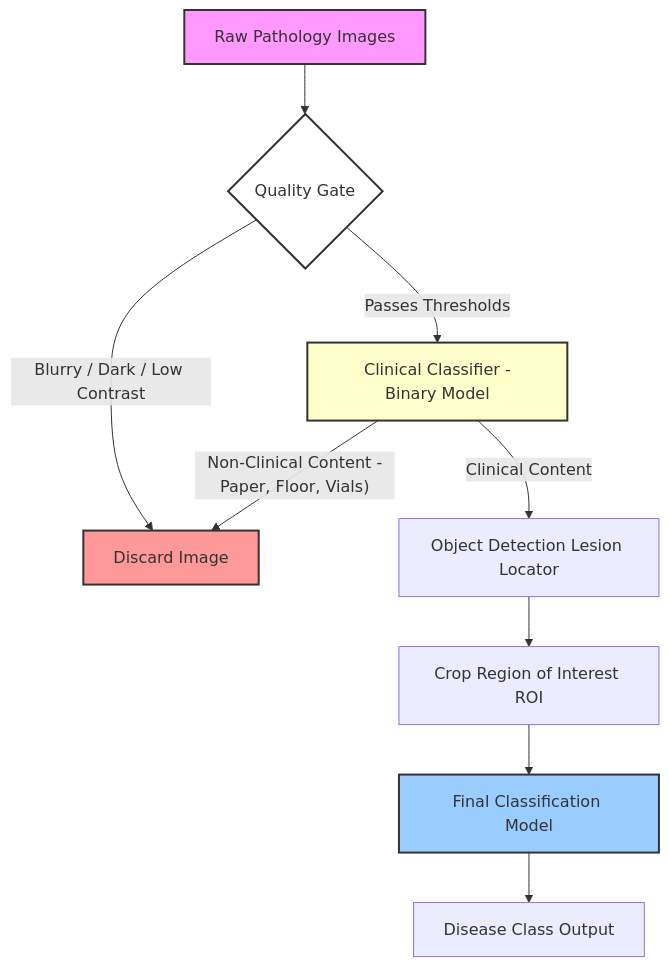
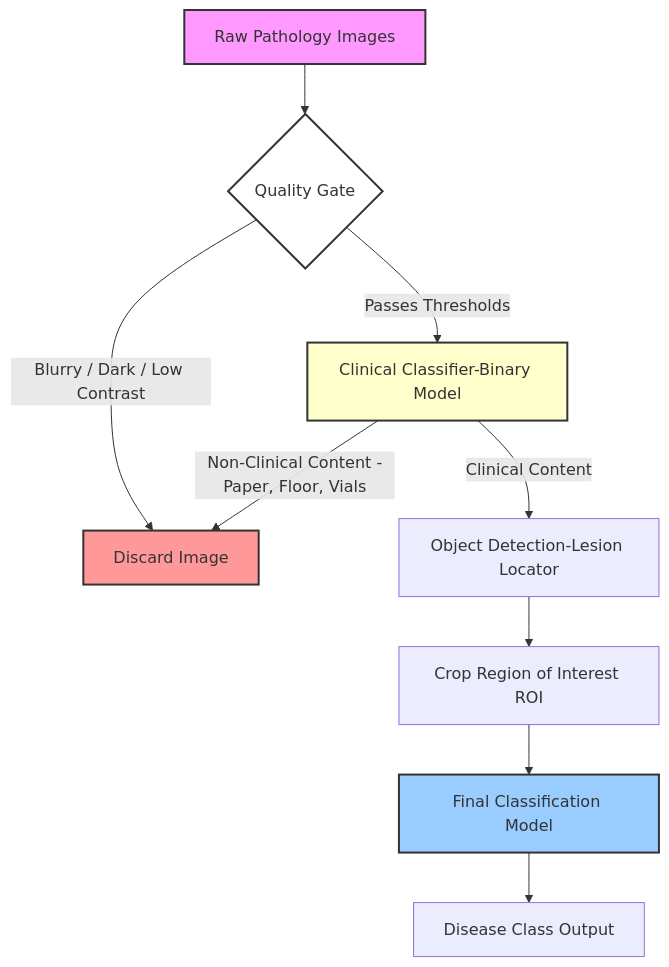
The diagram in case_studies/derm_classify_case_study.md (Curf/curf), drawn with Mermaid before and after one commit. The commit also changed other lines of this file and 4 other files, not shown here.

````diff
--- a/case_studies/derm_classify_case_study.md
+++ b/case_studies/derm_classify_case_study.md
@@ -17,20 +17,20 @@
 ```mermaid
 flowchart TD
     A[Raw Pathology Images] --> B{Quality Gate}
 
     B -- Blurry / Dark / Low Contrast --> C[Discard Image]
-    B -- Passes Thresholds --> D[Clinical Classifier -Binary Model]
+    B -- Passes Thresholds --> D[Clinical Classifier-Binary Model]
 
-    D -- Non-Clinical Content -Paper, Floor, Vials) --> C
-    D -- Clinical Content --> E[Object Detection Lesion Locator]
+    D -- Non-Clinical Content -Paper, Floor, Vials --> C
+    D -- Clinical Content --> E[Object Detection-Lesion Locator]
 
     E --> F[Crop Region of Interest ROI]
     F --> G[Final Classification Model]
     G --> H[Disease Class Output]
 
     style A fill:#f9f,stroke:#333,stroke-width:2px
     style B fill:#fff,stroke:#333,stroke-width:2px
     style C fill:#ff9999,stroke:#333,stroke-width:2px
     style D fill:#ffffcc,stroke:#333,stroke-width:2px
     style G fill:#99ccff,stroke:#333,stroke-width:2px
 ```
````
